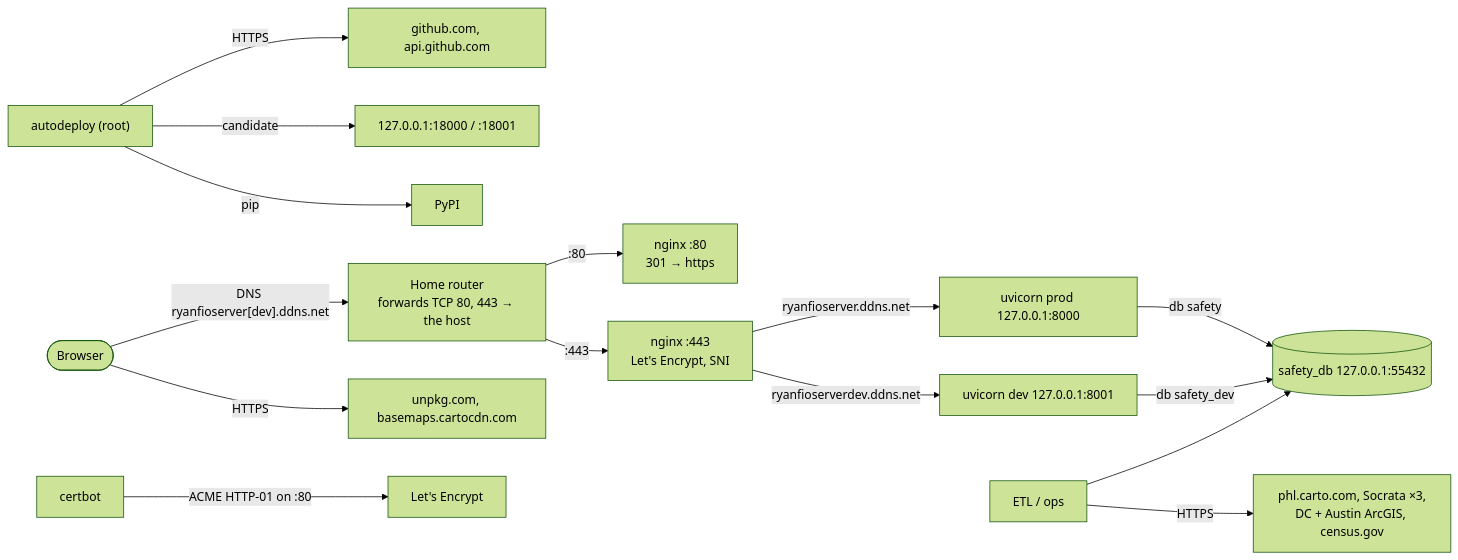
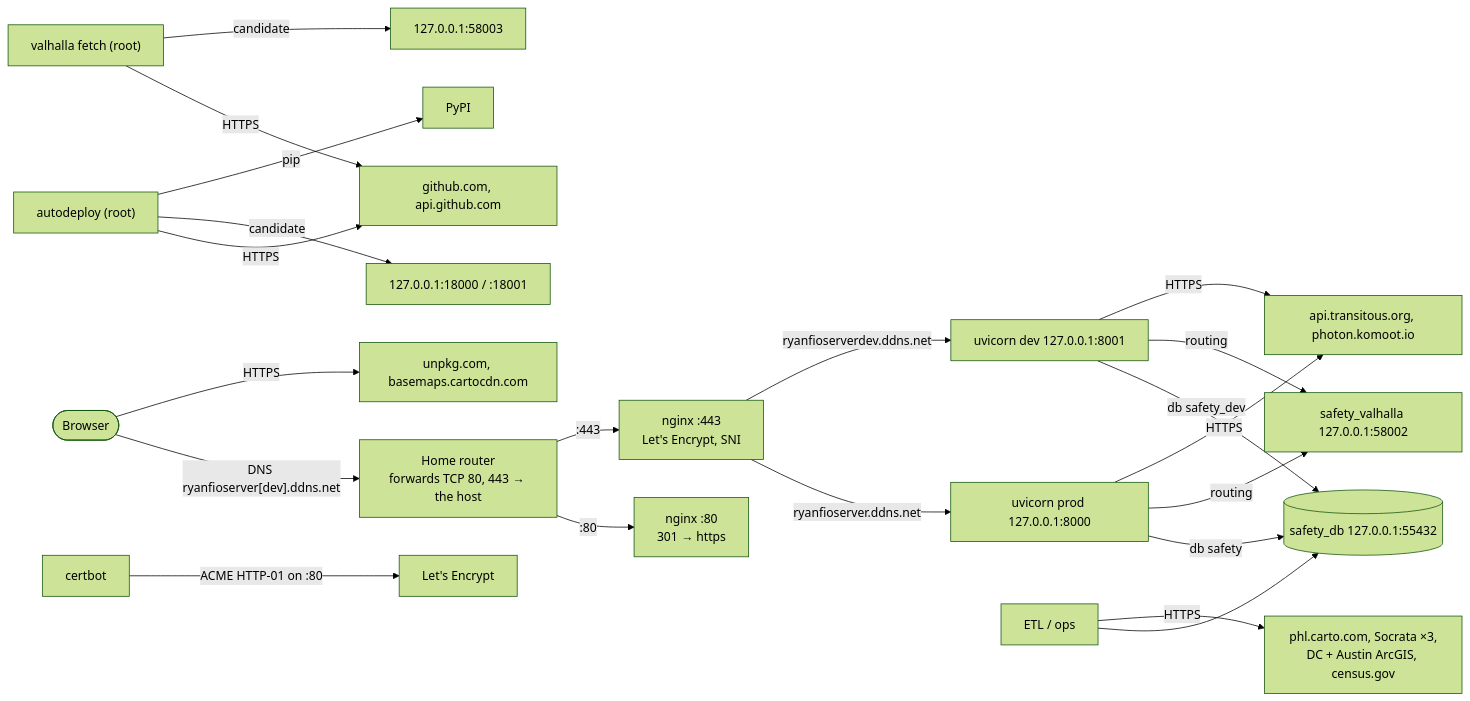
Before and after one commit to ryanfio15/Crime-Prevention-and-Personal-Safety-Application: the fourth of 4 diagrams in docs/ARCHITECTURE.md, drawn with Mermaid (forest theme). The commit also changed other lines of this file and 62 other files, not shown here.

````diff
--- a/docs/ARCHITECTURE.md
+++ b/docs/ARCHITECTURE.md
@@ -291,17 +306,23 @@
 ```mermaid
 flowchart LR
   user([Browser]) -->|"DNS ryanfioserver[dev].ddns.net"| router["Home router<br/>forwards TCP 80, 443 → the host"]
   router -->|":80"| n80["nginx :80<br/>301 → https"]
   router -->|":443"| n443["nginx :443<br/>Let's Encrypt, SNI"]
   n443 -->|"ryanfioserver.ddns.net"| prod["uvicorn prod 127.0.0.1:8000"]
   n443 -->|"ryanfioserverdev.ddns.net"| dev["uvicorn dev 127.0.0.1:8001"]
   prod -->|"db safety"| db[("safety_db 127.0.0.1:55432")]
   dev -->|"db safety_dev"| db
   etl["ETL / ops"] --> db
   etl -->|HTTPS| portals["phl.carto.com, Socrata ×3,<br/>DC + Austin ArcGIS, census.gov"]
   deployer["autodeploy (root)"] -->|HTTPS| gh["github.com, api.github.com"]
   deployer -->|candidate| cand["127.0.0.1:18000 / :18001"]
   deployer -->|pip| pypi[PyPI]
+  prod -->|"routing"| val["safety_valhalla 127.0.0.1:58002"]
+  dev -->|"routing"| val
+  prod -->|HTTPS| providers["api.transitous.org, photon.komoot.io"]
+  dev -->|HTTPS| providers
+  vfetch["valhalla fetch (root)"] -->|HTTPS| gh
+  vfetch -->|candidate| vcand["127.0.0.1:58003"]
   certbot -->|ACME HTTP-01 on :80| le["Let's Encrypt"]
   user -->|HTTPS| cdn["unpkg.com, basemaps.cartocdn.com"]
 ```
````
